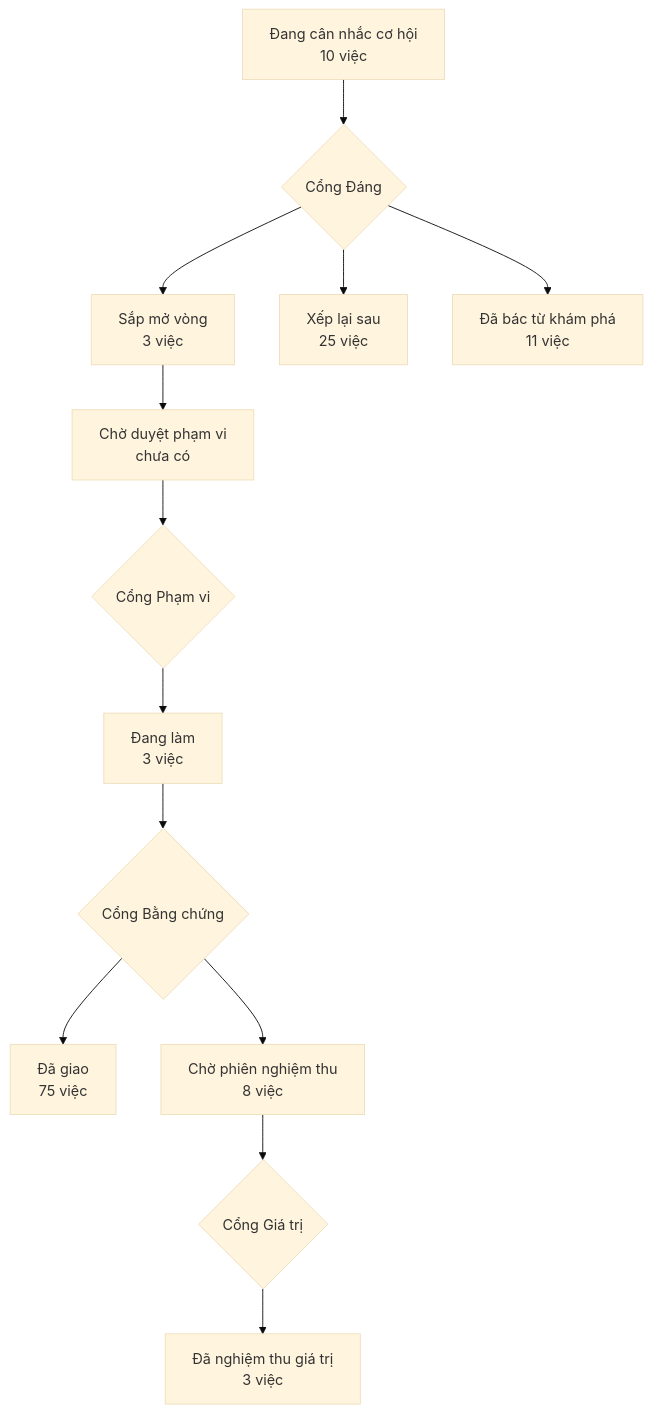
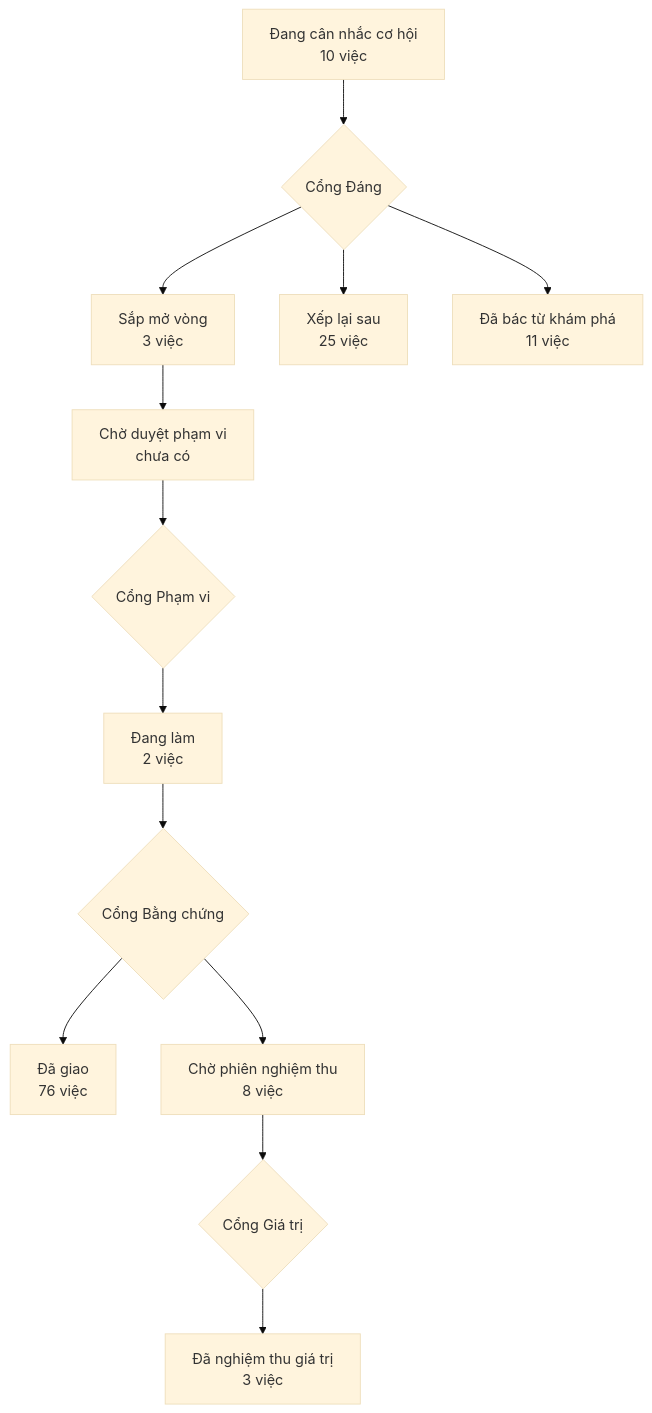
The diagram in PRODUCT-MAP.md (phanlemanh/acceptance-gate-kit), drawn with Mermaid (base theme) before and after one commit. The commit also changed 6 other files, not shown here.

````diff
--- a/PRODUCT-MAP.md
+++ b/PRODUCT-MAP.md
@@ -6,12 +6,12 @@
 ```mermaid
 flowchart TD
   A["Đang cân nhắc cơ hội<br/>10 việc"] --> GD{"Cổng Đáng"}
   GD --> B["Sắp mở vòng<br/>3 việc"]
   GD --> XL["Xếp lại sau<br/>25 việc"]
   GD --> DB["Đã bác từ khám phá<br/>11 việc"]
   B --> CD["Chờ duyệt phạm vi<br/>chưa có"] --> GP{"Cổng Phạm vi"}
-  GP --> DL["Đang làm<br/>3 việc"] --> GB{"Cổng Bằng chứng"}
-  GB --> DG["Đã giao<br/>75 việc"]
+  GP --> DL["Đang làm<br/>2 việc"] --> GB{"Cổng Bằng chứng"}
+  GB --> DG["Đã giao<br/>76 việc"]
   GB --> CN["Chờ phiên nghiệm thu<br/>8 việc"] --> GG{"Cổng Giá trị"}
   GG --> NT["Đã nghiệm thu giá trị<br/>3 việc"]
 ```
````
